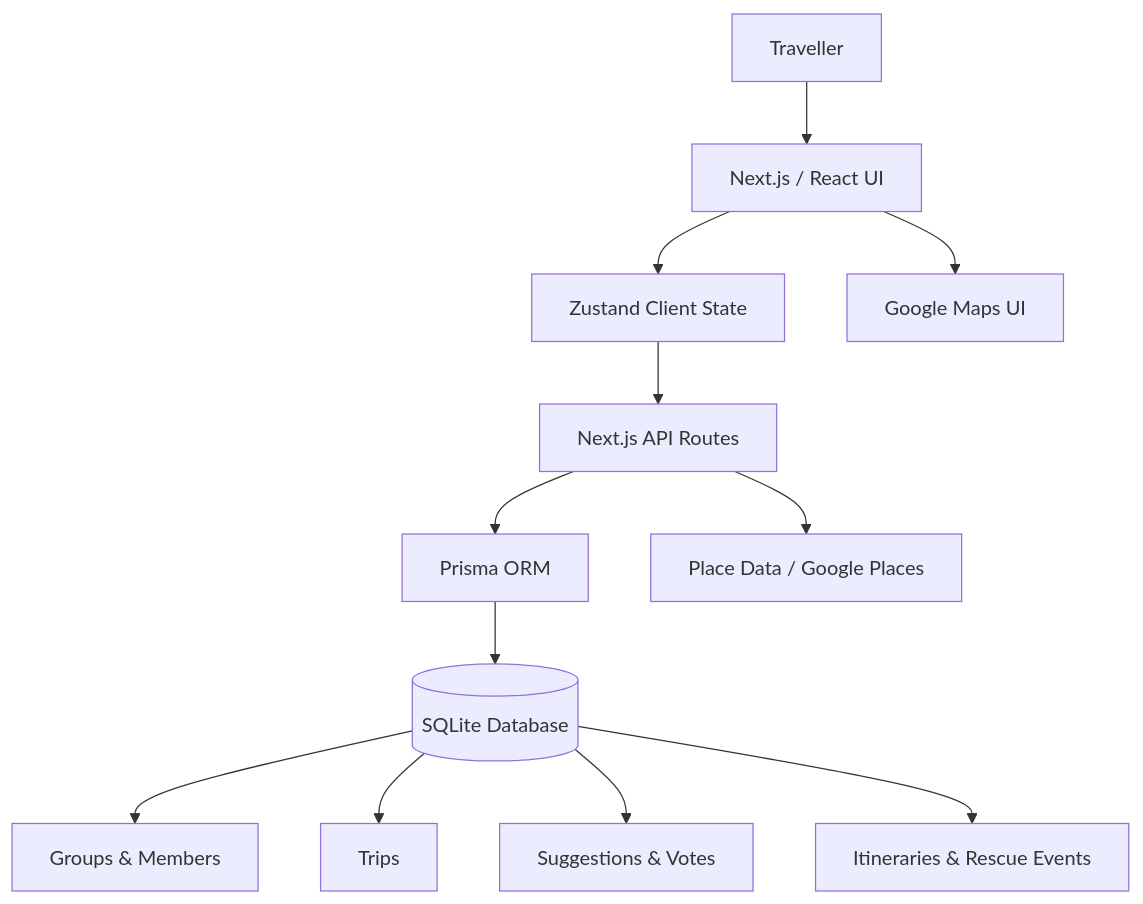
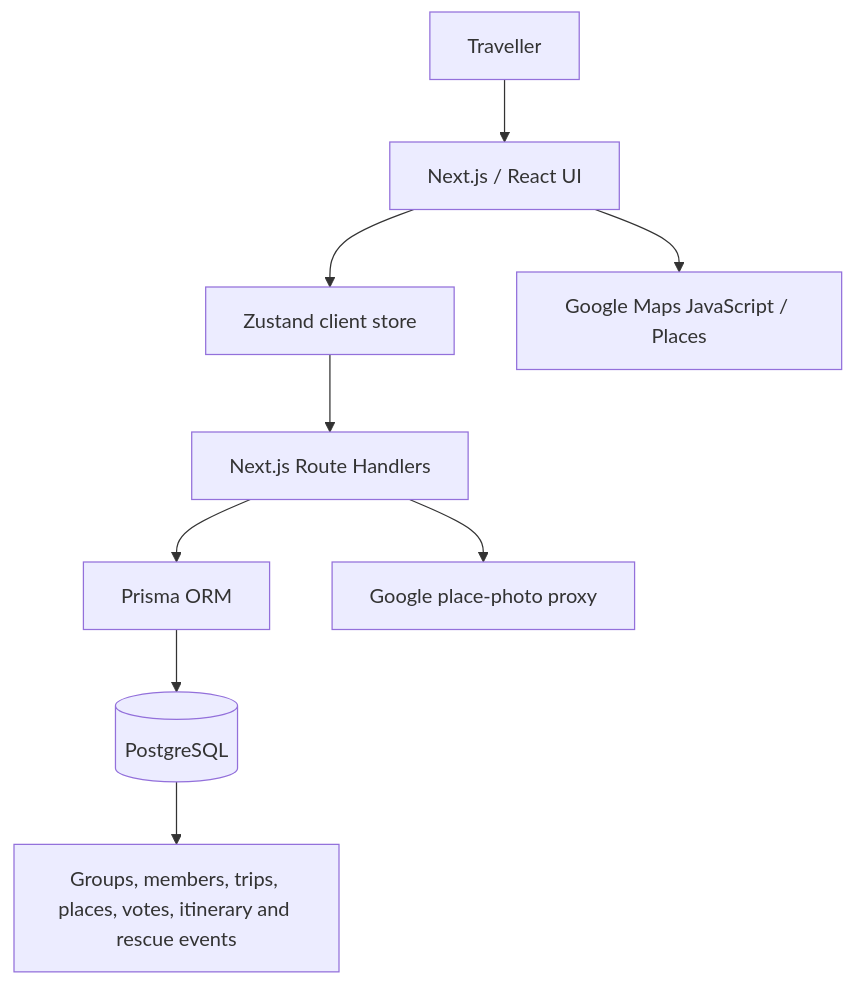
One commit to qianyi-11/TravPlanner changed the fourth of 4 diagrams in README.md. Above: the diagram before and after it, drawn with Mermaid. The commit also changed other lines of this file, not shown here.

````diff
--- a/README.md
+++ b/README.md
@@ -356,18 +282,11 @@
 ```mermaid
 flowchart TD
     U[Traveller] --> UI[Next.js / React UI]
-
-    UI --> Z[Zustand Client State]
-    Z --> API[Next.js API Routes]
-
+    UI --> Z[Zustand client store]
+    Z --> API[Next.js Route Handlers]
     API --> P[Prisma ORM]
-    P --> DB[(SQLite Database)]
-
-    UI --> MAP[Google Maps UI]
-    API --> PLACE[Place Data / Google Places]
-
-    DB --> G[Groups & Members]
-    DB --> T[Trips]
-    DB --> S[Suggestions & Votes]
-    DB --> I[Itineraries & Rescue Events]
+    P --> DB[(PostgreSQL)]
+    UI --> GM[Google Maps JavaScript / Places]
+    API --> GP[Google place-photo proxy]
+    DB --> DATA[Groups, members, trips, places, votes, itinerary and rescue events]
 ```
````
